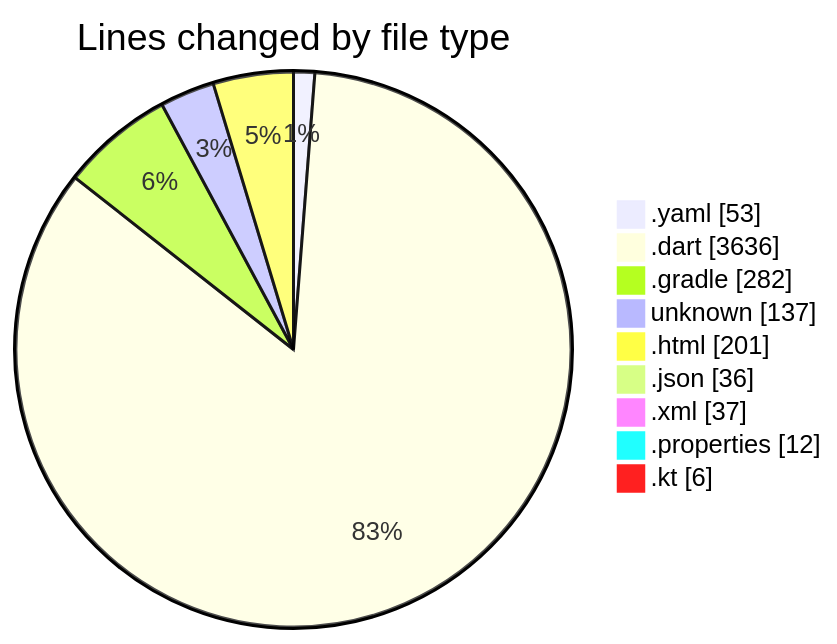
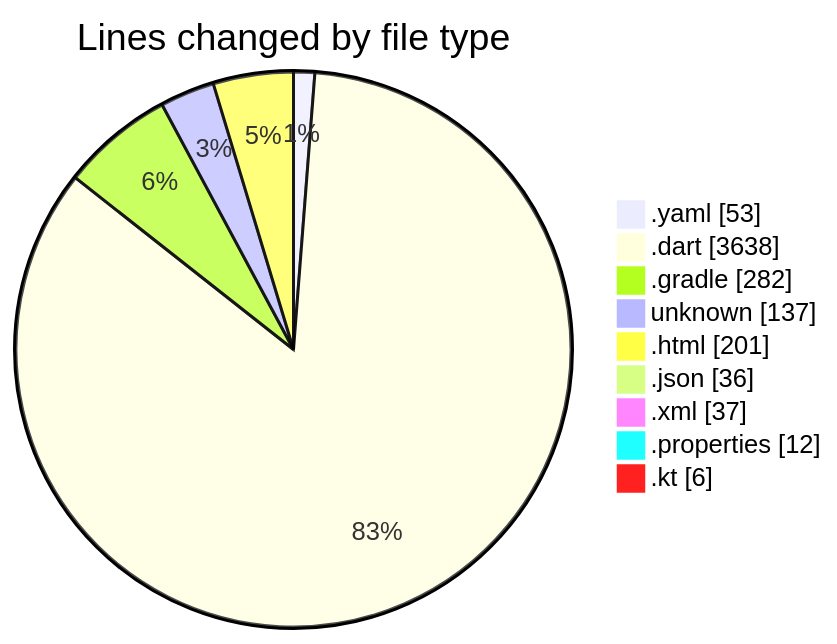
The first of 2 diagrams in 2025-09-02/quanlylink/README.md (lephambinh05/code-tracking), drawn with Mermaid before and after one commit. The commit also changed other lines of this file and 1 other file, not shown here.

````diff
--- a/2025-09-02/quanlylink/README.md
+++ b/2025-09-02/quanlylink/README.md
@@ -46,13 +46,13 @@
 ```mermaid
 pie showData
 title Lines changed by file type
 ".yaml" : 53
-".dart" : 3636
+".dart" : 3638
 ".gradle" : 282
 "unknown" : 137
 ".html" : 201
 ".json" : 36
 ".xml" : 37
 ".properties" : 12
 ".kt" : 6
 ```
````
